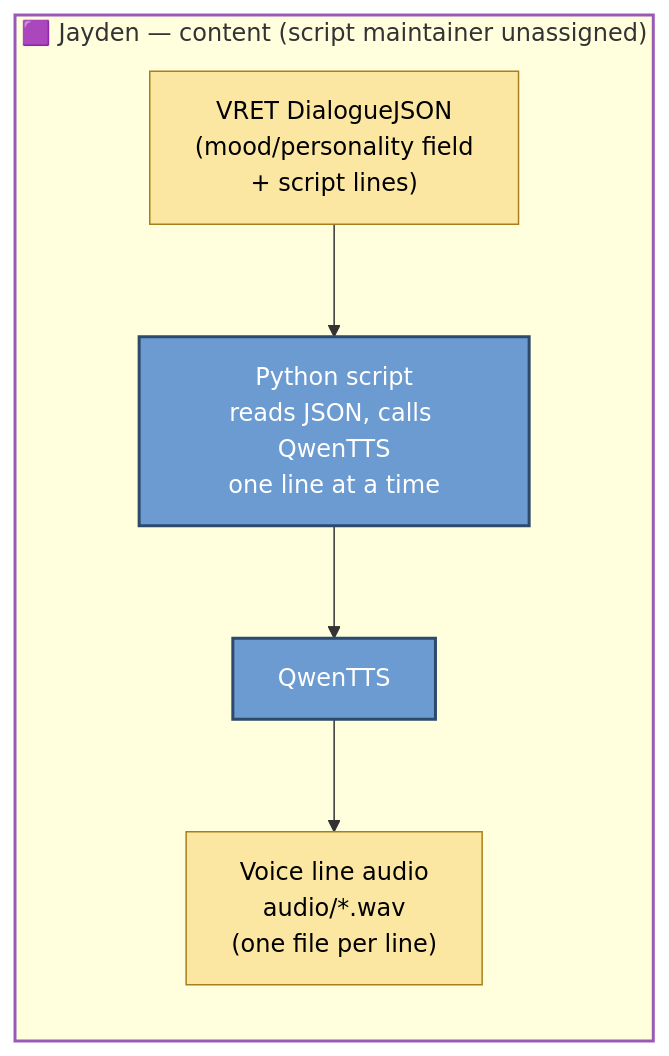
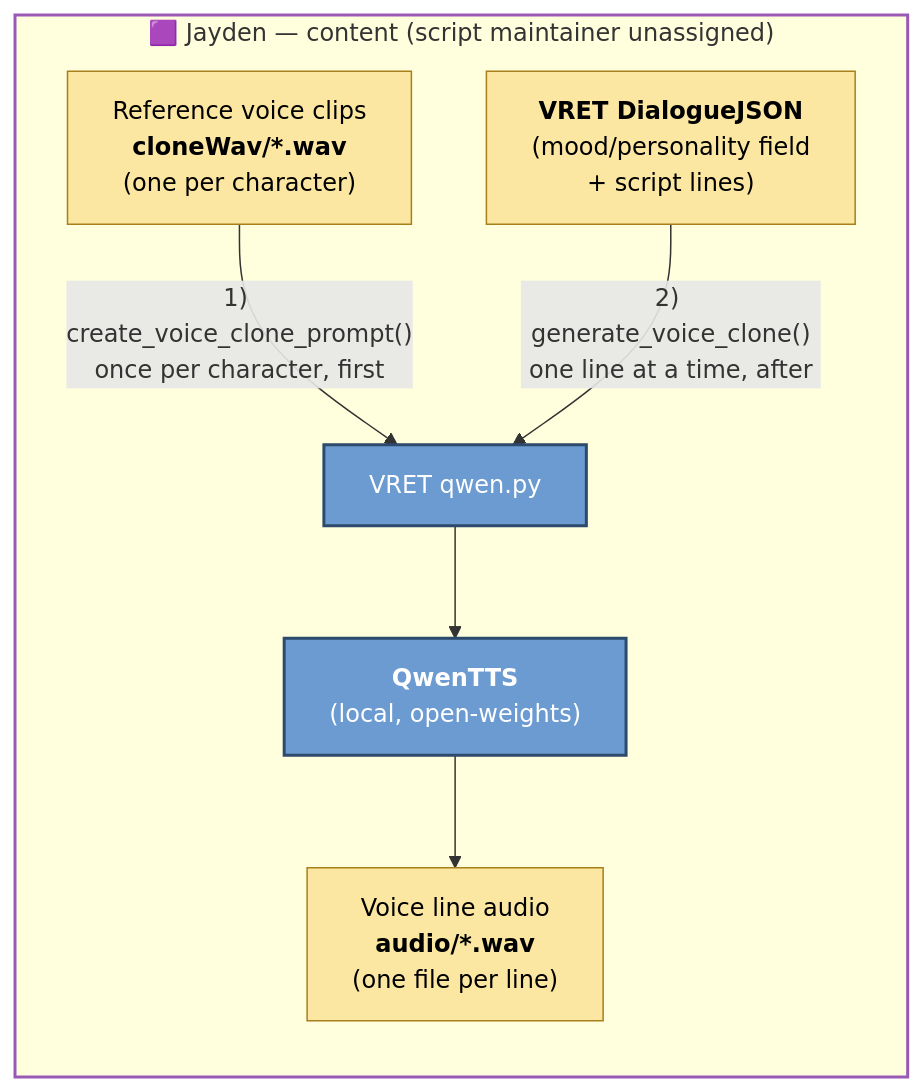
One commit to SBU-VRET/VRET-Project changed the fourth of 8 diagrams in docs/TECH_PIPELINE.md. Above: the diagram before and after it, drawn with Mermaid. The commit also changed other lines of this file and 7 other files, not shown here.

````diff
--- a/docs/TECH_PIPELINE.md
+++ b/docs/TECH_PIPELINE.md
@@ -136,13 +136,14 @@
 ```mermaid
 flowchart LR
     subgraph S3["🟪 Jayden — content (script maintainer unassigned)"]
-    DialogueJSON["VRET DialogueJSON<br/>(mood/personality field<br/>+ script lines)"] --> PyScript["Python script<br/>reads JSON, calls QwenTTS<br/>one line at a time"]
-    PyScript --> QwenTTS --> WAV["Voice line audio<br/>audio/*.wav<br/>(one file per line)"]
+    CloneWAV["Reference voice clips<br/><b>cloneWav/*.wav</b><br/>(one per character)"] -->|"1) create_voice_clone_prompt()<br/>once per character, first"| PyScript["VRET qwen.py"]
+    DialogueJSON["<b>VRET DialogueJSON</b><br/>(mood/personality field<br/>+ script lines)"] -->|"2) generate_voice_clone()<br/>one line at a time, after"| PyScript
+    PyScript --> QwenTTS["<b>QwenTTS</b><br/>(local, open-weights)"] --> WAV["Voice line audio<br/><b>audio/*.wav</b><br/>(one file per line)"]
     end
 
     style S3 stroke:#9B59B6,stroke-width:2px
     classDef tool fill:#6c9bd1,stroke:#2c4a6b,stroke-width:2px,color:#fff;
     classDef artifact fill:#fbe7a1,stroke:#a87f1a,stroke-width:1px,color:#000;
     class PyScript,QwenTTS tool
-    class DialogueJSON,WAV artifact
+    class DialogueJSON,CloneWAV,WAV artifact
 ```
````
